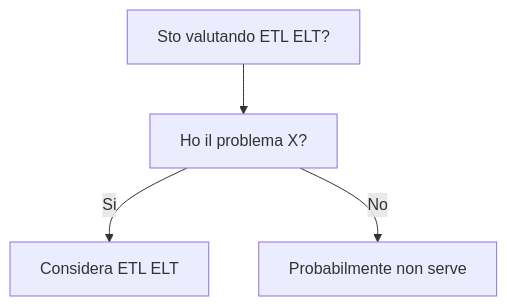
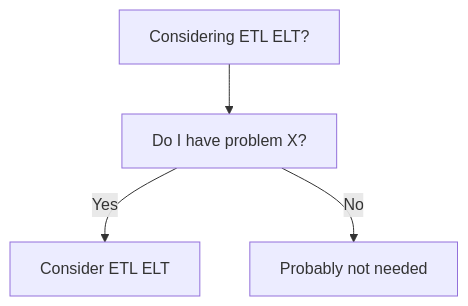
The diagram in dev-wiki/24_Data_Engineering/ETL_ELT/When_To_Use.md (HxT9/Software-Dev-Wiki), drawn with Mermaid before and after one commit. The commit also changed other lines of this file and 3444 other files, not shown here.

````diff
--- a/dev-wiki/24_Data_Engineering/ETL_ELT/When_To_Use.md
+++ b/dev-wiki/24_Data_Engineering/ETL_ELT/When_To_Use.md
@@ -19,6 +19,6 @@
 ```mermaid
 flowchart TD
-  Q[Sto valutando ETL ELT?] --> Q1[Ho il problema X?]
-  Q1 -->|Si| OK[Considera ETL ELT]
-  Q1 -->|No| NO[Probabilmente non serve]
+  Q[Considering ETL ELT?] --> Q1[Do I have problem X?]
+  Q1 -->|Yes| OK[Consider ETL ELT]
+  Q1 -->|No| NO[Probably not needed]
 ```
````
